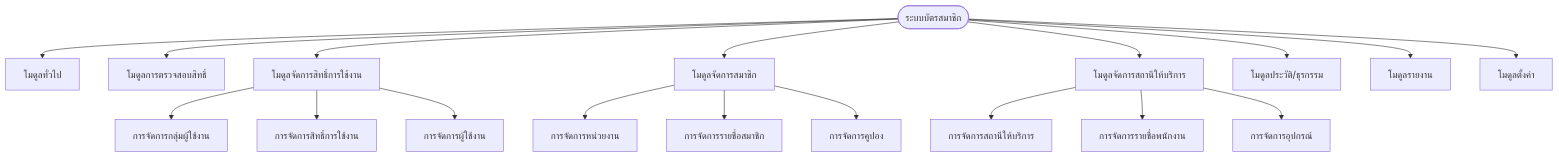
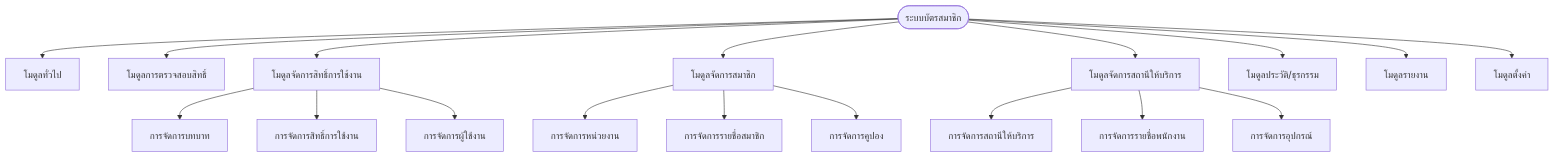
The eighth of 11 diagrams in flowchart_thai.md (phurachan/member-card), drawn with Mermaid before and after one commit. The commit also changed other lines of this file and 9 other files, not shown here.

````diff
--- a/flowchart_thai.md
+++ b/flowchart_thai.md
@@ -148,23 +153,23 @@
 ```mermaid
 graph TD
     START([ระบบบัตรสมาชิก]) --> COMMON[โมดูลทั่วไป]
     START --> AUTH[โมดูลการตรวจสอบสิทธิ์]
     START --> USER[โมดูลจัดการสิทธิ์การใช้งาน]
     START --> MEMB[โมดูลจัดการสมาชิก]
     START --> STAT[โมดูลจัดการสถานีให้บริการ]
     START --> HIST[โมดูลประวัติ/ธุรกรรม]
     START --> REPT[โมดูลรายงาน]
     START --> SETT[โมดูลตั้งค่า]
 
-    USER --> AUTH_1[การจัดการกลุ่มผู้ใช้งาน]
+    USER --> AUTH_1[การจัดการบทบาท]
     USER --> AUTH_2[การจัดการสิทธิ์การใช้งาน]
     USER --> AUTH_3[การจัดการผู้ใช้งาน]
 
     MEMB --> MEMB_1[การจัดการหน่วยงาน]
     MEMB --> MEMB_2[การจัดการรายชื่อสมาชิก]
     MEMB --> MEMB_3[การจัดการคูปอง]
 
     STAT --> STAT_1[การจัดการสถานีให้บริการ]
     STAT --> STAT_2[การจัดการรายชื่อพนักงาน]
     STAT --> STAT_3[การจัดการอุปกรณ์]
 ```
````
